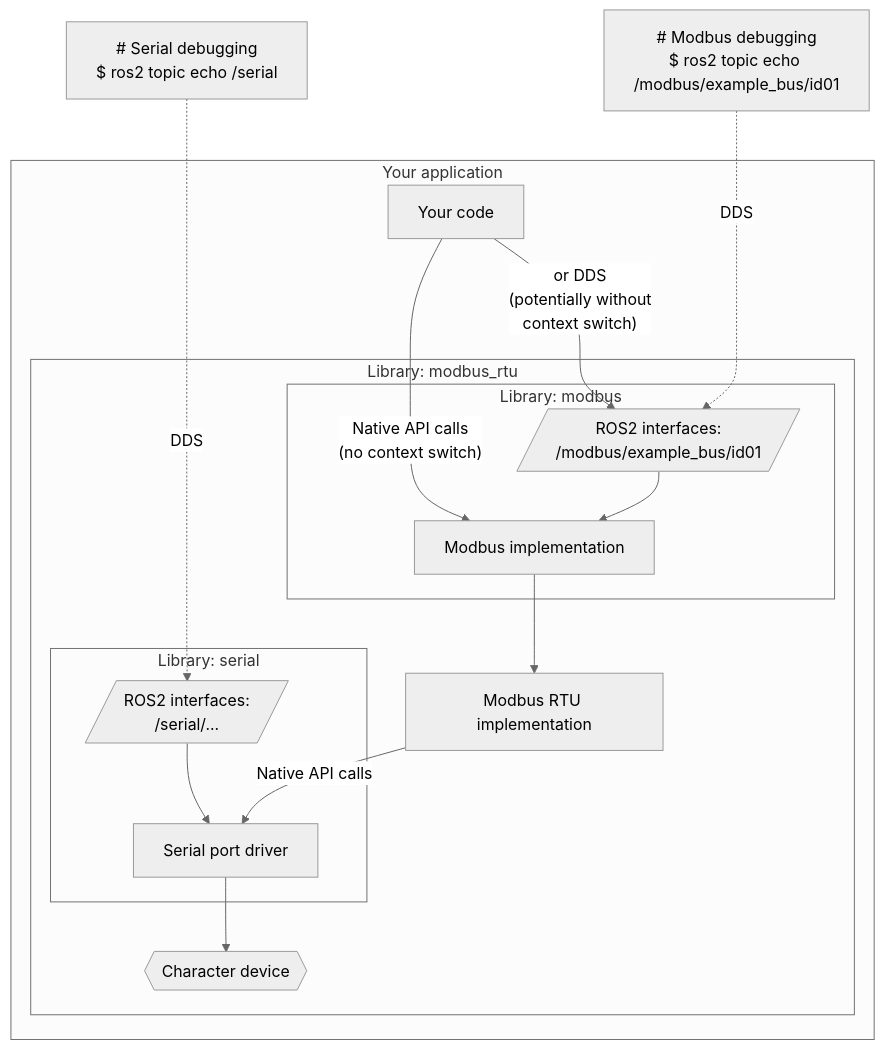
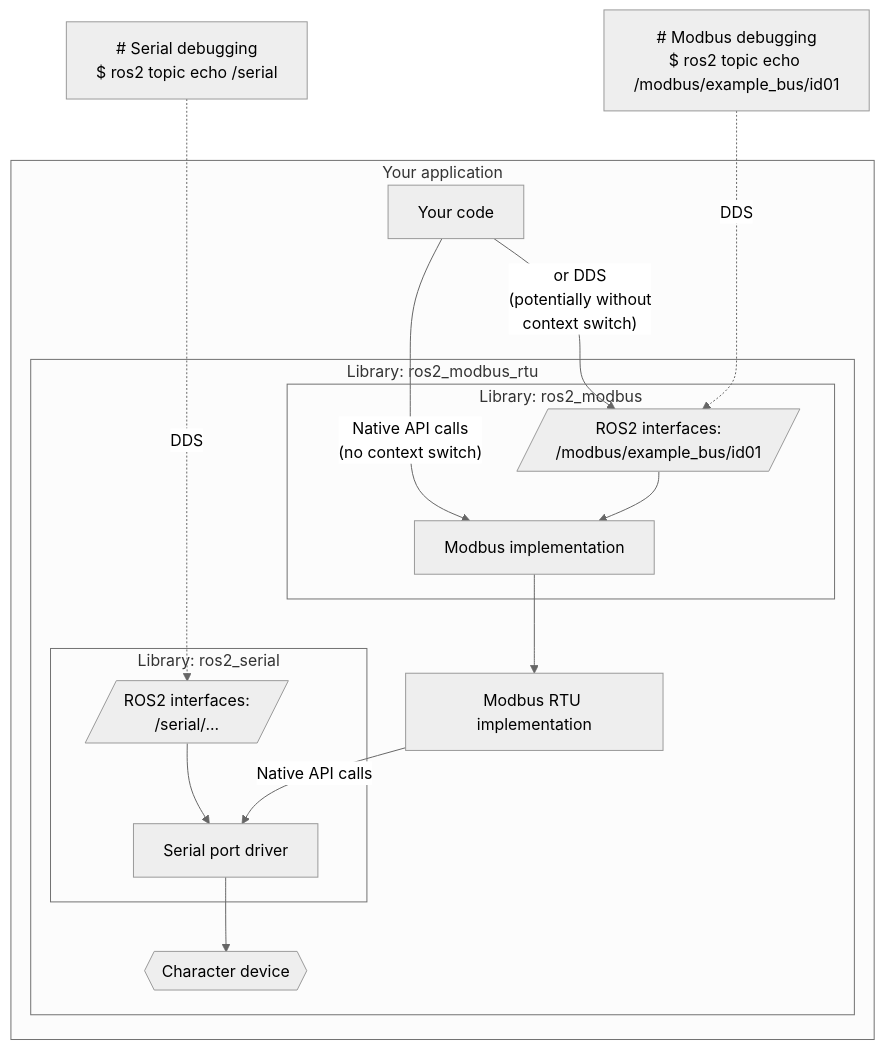
Before and after one commit to openvmp/modbus_rtu: the second of 2 diagrams in README.md, drawn with Mermaid (neutral theme). The commit also changed other lines of this file and 14 other files, not shown here.

````diff
--- a/README.md
+++ b/README.md
@@ -88,20 +88,20 @@
 ```mermaid
 flowchart TB
     cli_serial["# Serial debugging\n$ ros2 topic echo /serial"] -. "DDS" ....-> topic_serial[/ROS2 interfaces:\n/serial/.../]
     subgraph app["Your application"]
       code["Your code"] -- "Native API calls\n(no context switch)" --> driver_modbus
       code["Your code"] -- "or DDS\n(potentially without\ncontext switch)" --> topic_modbus
-      subgraph modbus_exe["Library: modbus_rtu"]
-        subgraph modbus["Library: modbus"]
+      subgraph modbus_exe["Library: ros2_modbus_rtu"]
+        subgraph modbus["Library: ros2_modbus"]
           topic_modbus[/ROS2 interfaces:\n/modbus/example_bus/id01/] --> driver_modbus["Modbus implementation"]
         end
-        subgraph serial["Library: serial"]
+        subgraph serial["Library: ros2_serial"]
           topic_serial --> driver["Serial port driver"]
         end
         driver_modbus --> rtu["Modbus RTU implementation"]
         rtu -- "Native API calls" --> driver
         driver --> file{{"Character device"}}
       end
     end
     cli["# Modbus debugging\n$ ros2 topic echo /modbus/example_bus/id01"] -. "DDS" ..-> topic_modbus
 ```
````
